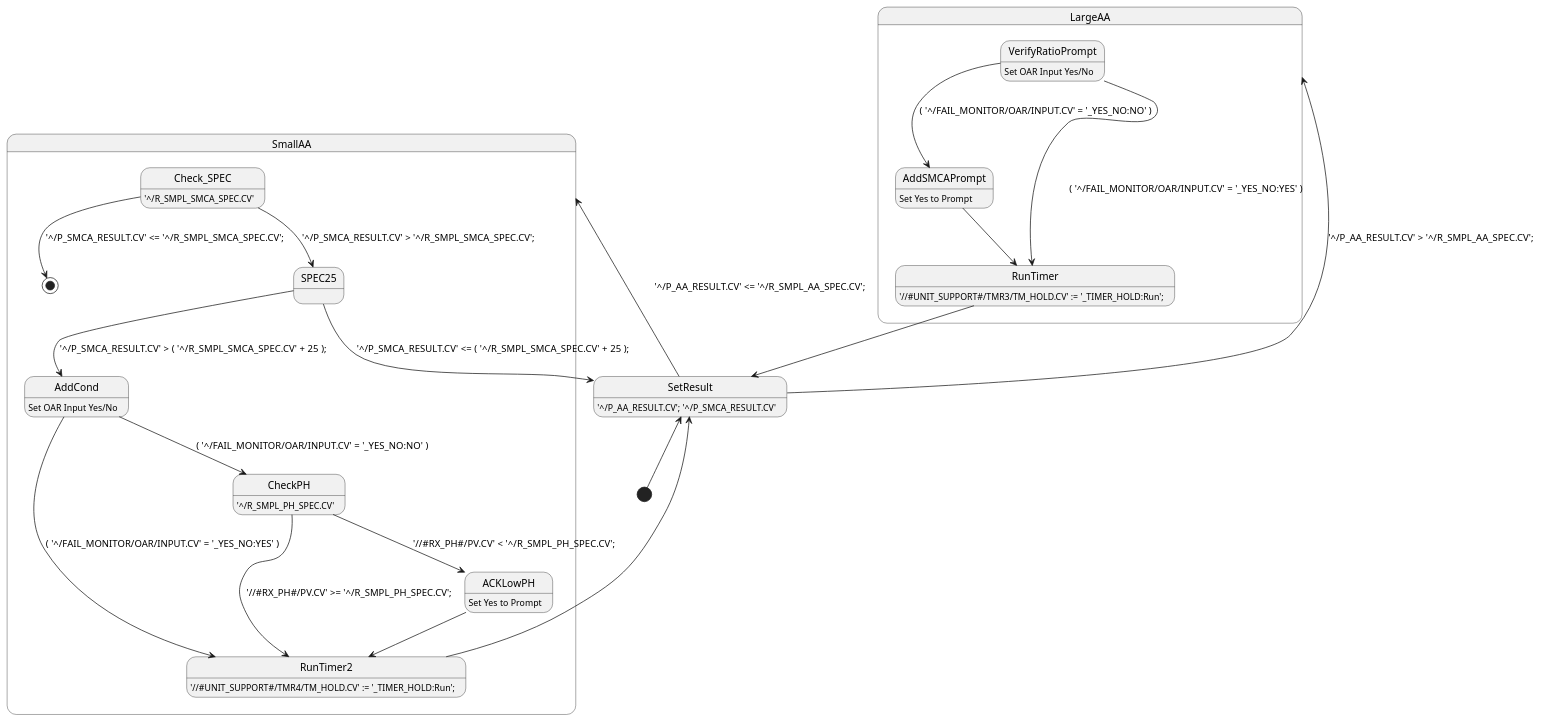
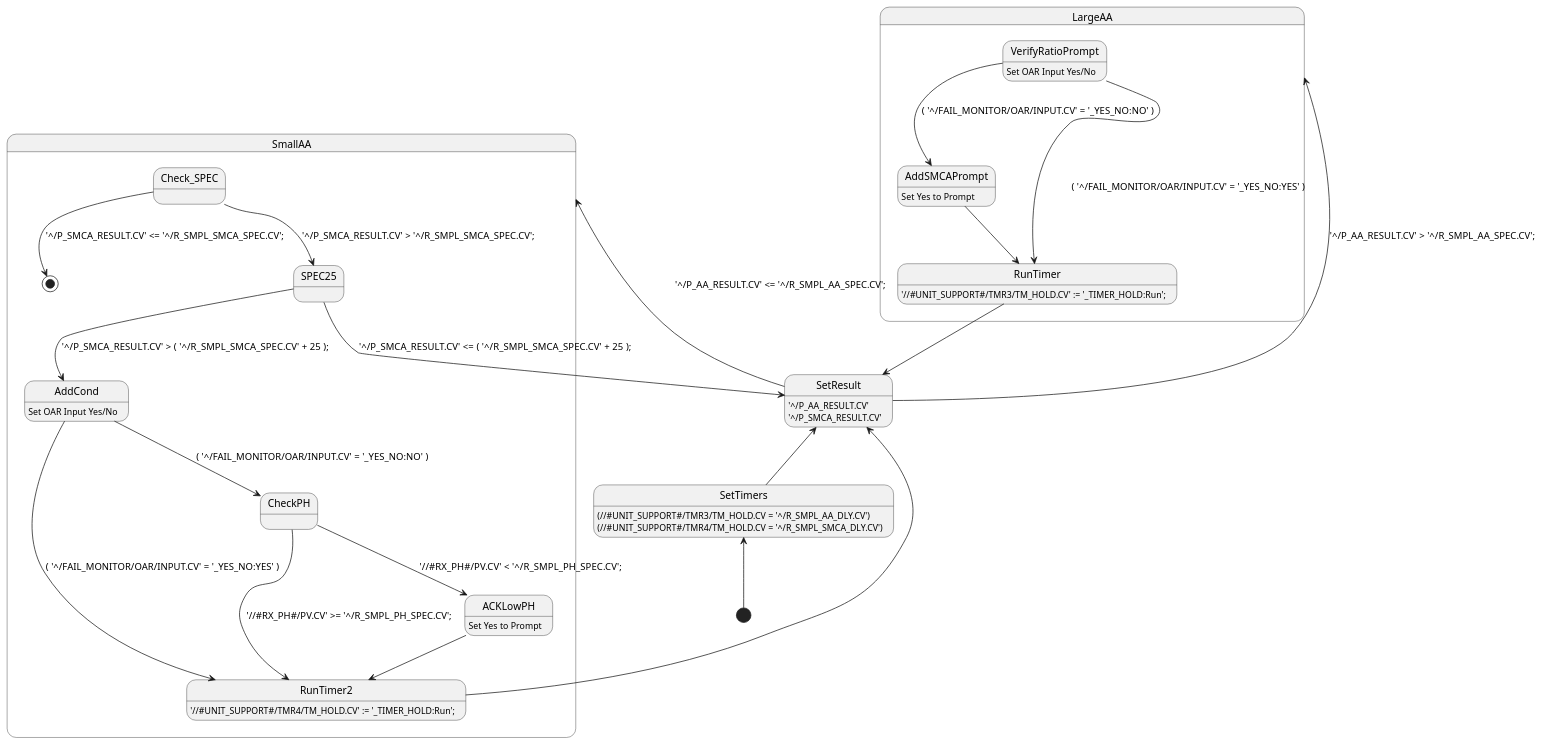
Before and after one commit to mekcrab/Solvay_test: the diagram in TESTSPEC_VPENG/PH_AL_SMPL_CVAS.puml, drawn with PlantUML. The commit also changed 1 other file, not shown here.

Commit message:
Added Set Timer state at the beginning; state action script changed to one action per line.

```diff
--- a/TESTSPEC_VPENG/PH_AL_SMPL_CVAS.puml
+++ b/TESTSPEC_VPENG/PH_AL_SMPL_CVAS.puml
@@ -1,56 +1,60 @@
 @startuml
 
-[*] -up-> SetResult
+[*] -up-> SetTimers
 
-SetResult: '^/P_AA_RESULT.CV'; '^/P_SMCA_RESULT.CV'
+SetTimers: (//#UNIT_SUPPORT#/TMR3/TM_HOLD.CV = '^/R_SMPL_AA_DLY.CV')
+SetTimers: (//#UNIT_SUPPORT#/TMR4/TM_HOLD.CV = '^/R_SMPL_SMCA_DLY.CV')
+
+SetTimers -up-> SetResult
+
+SetResult: '^/P_AA_RESULT.CV'
+SetResult: '^/P_SMCA_RESULT.CV'
 
 SetResult --> LargeAA: '^/P_AA_RESULT.CV' > '^/R_SMPL_AA_SPEC.CV';
 
 SetResult --> SmallAA: '^/P_AA_RESULT.CV' <= '^/R_SMPL_AA_SPEC.CV';
 
 state LargeAA {
 
 VerifyRatioPrompt: Set OAR Input Yes/No
 VerifyRatioPrompt --> AddSMCAPrompt: ( '^/FAIL_MONITOR/OAR/INPUT.CV' = '_YES_NO:NO' )
 
 VerifyRatioPrompt --> RunTimer: ( '^/FAIL_MONITOR/OAR/INPUT.CV' = '_YES_NO:YES' )
 AddSMCAPrompt: Set Yes to Prompt
 
 AddSMCAPrompt --> RunTimer
 RunTimer: '//#UNIT_SUPPORT#/TMR3/TM_HOLD.CV' := '_TIMER_HOLD:Run';
 RunTimer --> SetResult
 
 
 }
 
 state SmallAA {
 
-Check_SPEC: '^/R_SMPL_SMCA_SPEC.CV'
 Check_SPEC --> [*]: '^/P_SMCA_RESULT.CV' <= '^/R_SMPL_SMCA_SPEC.CV';
 Check_SPEC --> SPEC25: '^/P_SMCA_RESULT.CV' > '^/R_SMPL_SMCA_SPEC.CV';
 
 SPEC25 --> SetResult: '^/P_SMCA_RESULT.CV' <=  ( '^/R_SMPL_SMCA_SPEC.CV' + 25 );
 
 SPEC25 --> AddCond: '^/P_SMCA_RESULT.CV' >  ( '^/R_SMPL_SMCA_SPEC.CV' + 25 );
 AddCond: Set OAR Input Yes/No
 
 AddCond --> RunTimer2: ( '^/FAIL_MONITOR/OAR/INPUT.CV' = '_YES_NO:YES' )
 
 AddCond --> CheckPH:  ( '^/FAIL_MONITOR/OAR/INPUT.CV' = '_YES_NO:NO' )
-CheckPH: '^/R_SMPL_PH_SPEC.CV'
 
 CheckPH --> RunTimer2: '//#RX_PH#/PV.CV' >= '^/R_SMPL_PH_SPEC.CV';
 CheckPH --> ACKLowPH: '//#RX_PH#/PV.CV'  < '^/R_SMPL_PH_SPEC.CV';
 ACKLowPH --> RunTimer2
 
 ACKLowPH: Set Yes to Prompt
 
 RunTimer2: '//#UNIT_SUPPORT#/TMR4/TM_HOLD.CV' := '_TIMER_HOLD:Run';
 
 RunTimer2 --> SetResult
 
 
 }
 
 
 @enduml
```
